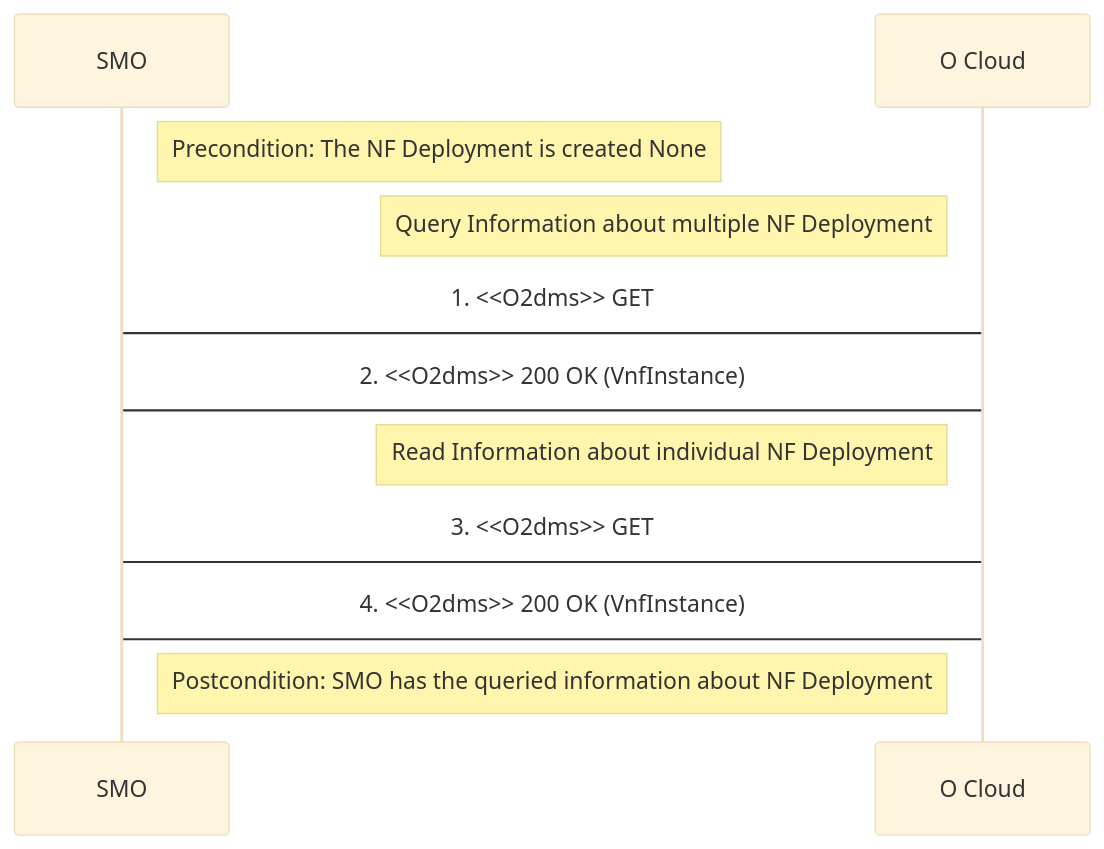
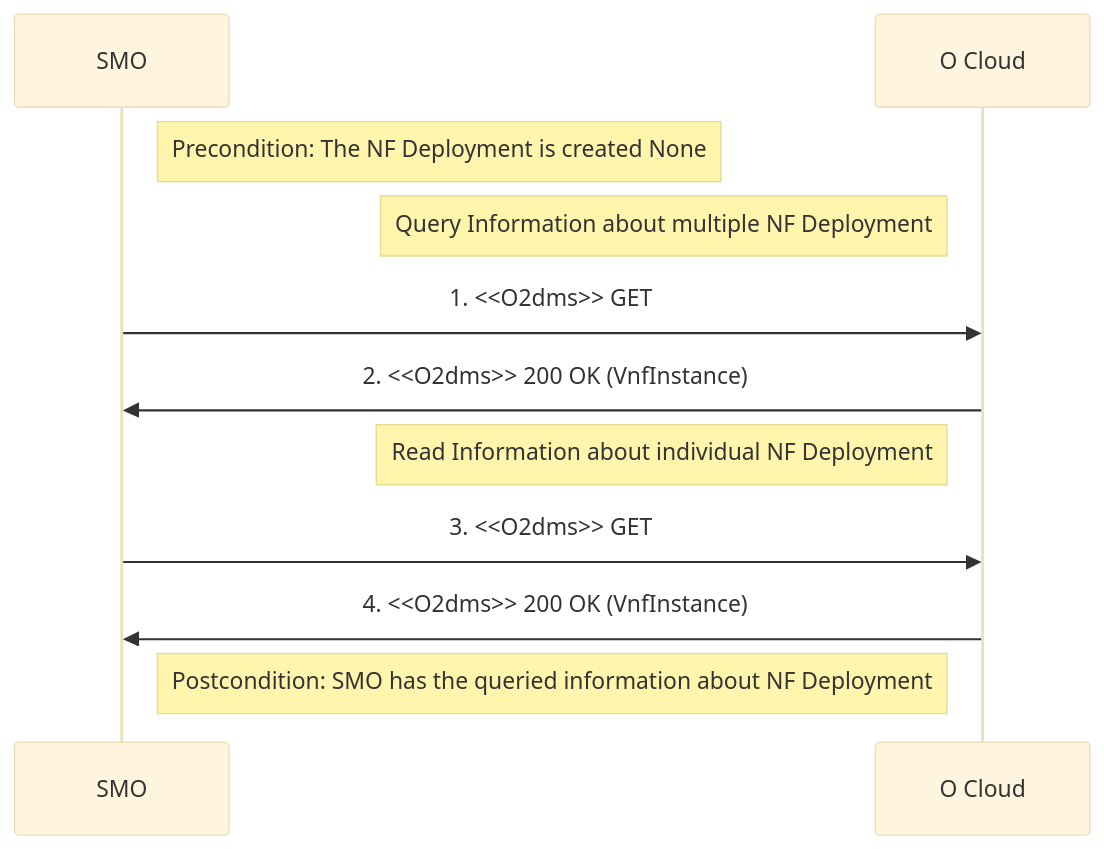
One commit to NTUST-BMW-Lab/documentation-book changed the third of 8 diagrams in O-RAN/O2 Interface/3_O2dms_Services.md. Above: the diagram before and after it, drawn with Mermaid (base theme). The commit also changed other lines of this file, not shown here.

````diff
--- a/O-RAN/O2 Interface/3_O2dms_Services.md
+++ b/O-RAN/O2 Interface/3_O2dms_Services.md
@@ -104,11 +104,11 @@
 ```mermaid
 sequenceDiagram
 Note right of SMO: Precondition: The NF Deployment is created None
 Note left of O Cloud: Query Information about multiple NF Deployment
-SMO->O Cloud: 1. <<O2dms>> GET
-O Cloud->SMO: 2. <<O2dms>> 200 OK (VnfInstance)
+SMO->>O Cloud: 1. <<O2dms>> GET
+O Cloud->>SMO: 2. <<O2dms>> 200 OK (VnfInstance)
 Note left of O Cloud: Read Information about individual NF Deployment
-SMO->O Cloud: 3. <<O2dms>> GET
-O Cloud->SMO: 4. <<O2dms>> 200 OK (VnfInstance)
+SMO->>O Cloud: 3. <<O2dms>> GET
+O Cloud->>SMO: 4. <<O2dms>> 200 OK (VnfInstance)
 Note right of SMO: Postcondition: SMO has the queried information about NF Deployment
 ```
````
